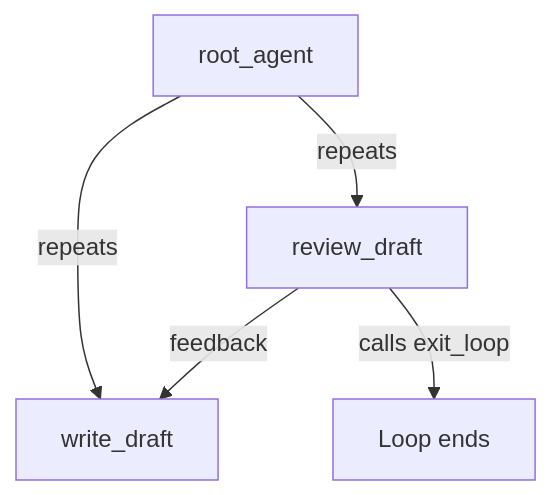
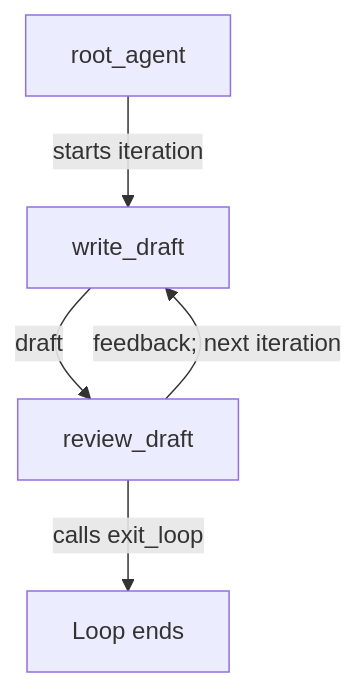
The diagram in adk-test/review-loop/adk_v1_style/README.md (ftnext/agent-practice), drawn with Mermaid before and after one commit.

Commit message:
docs: Fix LoopAgent Graph

````diff
--- a/adk-test/review-loop/adk_v1_style/README.md
+++ b/adk-test/review-loop/adk_v1_style/README.md
@@ -19,7 +19,7 @@
 ```mermaid
 graph TD
-    LoopAgent[root_agent] -->|repeats| Writer[write_draft]
-    LoopAgent -->|repeats| Reviewer[review_draft]
-    Reviewer -->|feedback| Writer
+    LoopAgent[root_agent] -->|starts iteration| Writer[write_draft]
+    Writer -->|draft| Reviewer[review_draft]
+    Reviewer -->|feedback; next iteration| Writer
     Reviewer -->|calls exit_loop| End[Loop ends]
 ```
````
